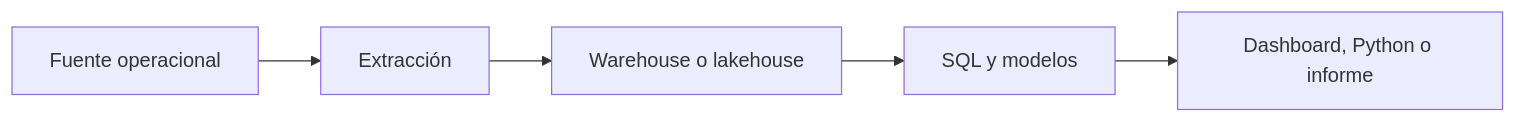
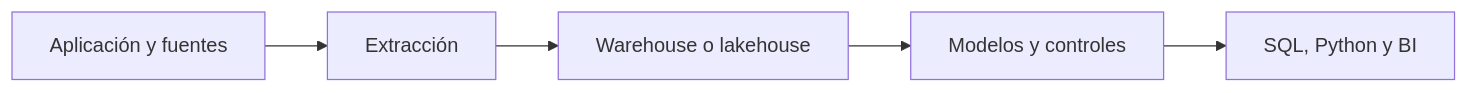
Diagram 19 of 33 in dist/markdown/temario-completo.md (Ayhur/CursoAnalista), drawn with Mermaid before and after one commit. The commit also changed other lines of this file and 30 other files, not shown here.

````diff
--- a/dist/markdown/temario-completo.md
+++ b/dist/markdown/temario-completo.md
@@ -1361,7 +1493,7 @@
 ```mermaid
 flowchart LR
-    A[Fuente operacional] --> B[Extracción]
-    B --> C[Warehouse o lakehouse]
-    C --> D[SQL y modelos]
-    D --> E[Dashboard, Python o informe]
+ A[Aplicación y fuentes] --> B[Extracción]
+ B --> C[Warehouse o lakehouse]
+ C --> D[Modelos y controles]
+ D --> E[SQL, Python y BI]
 ```
````
